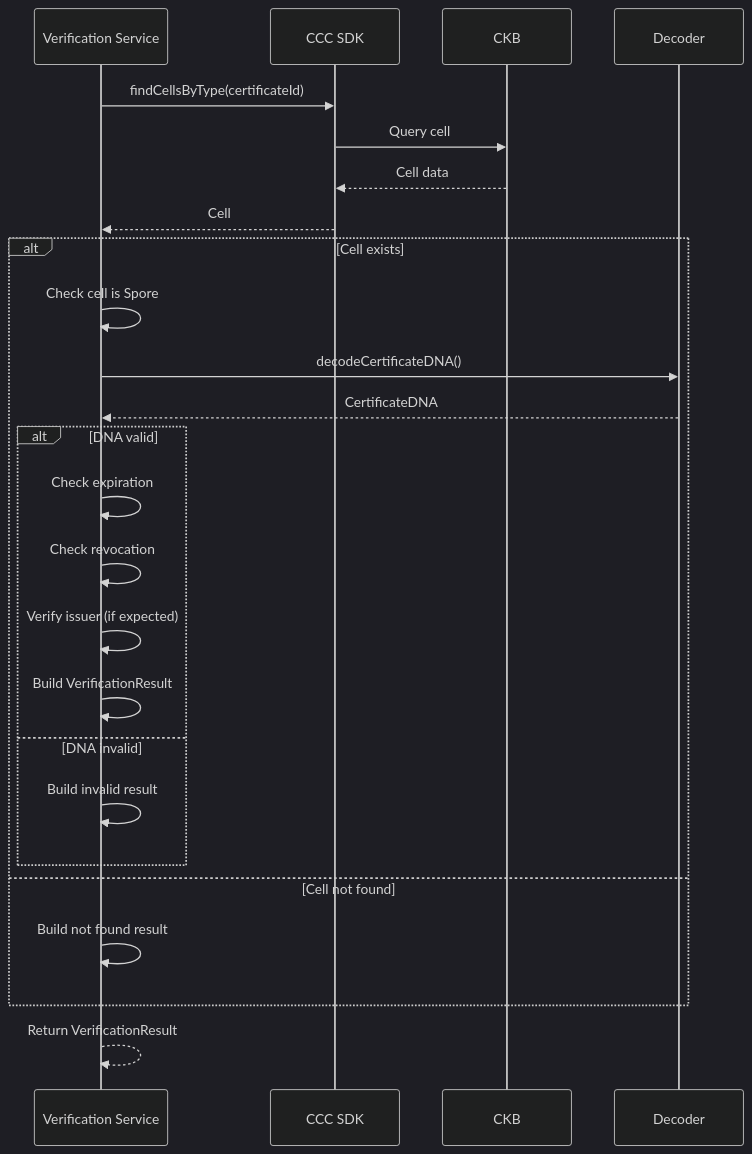
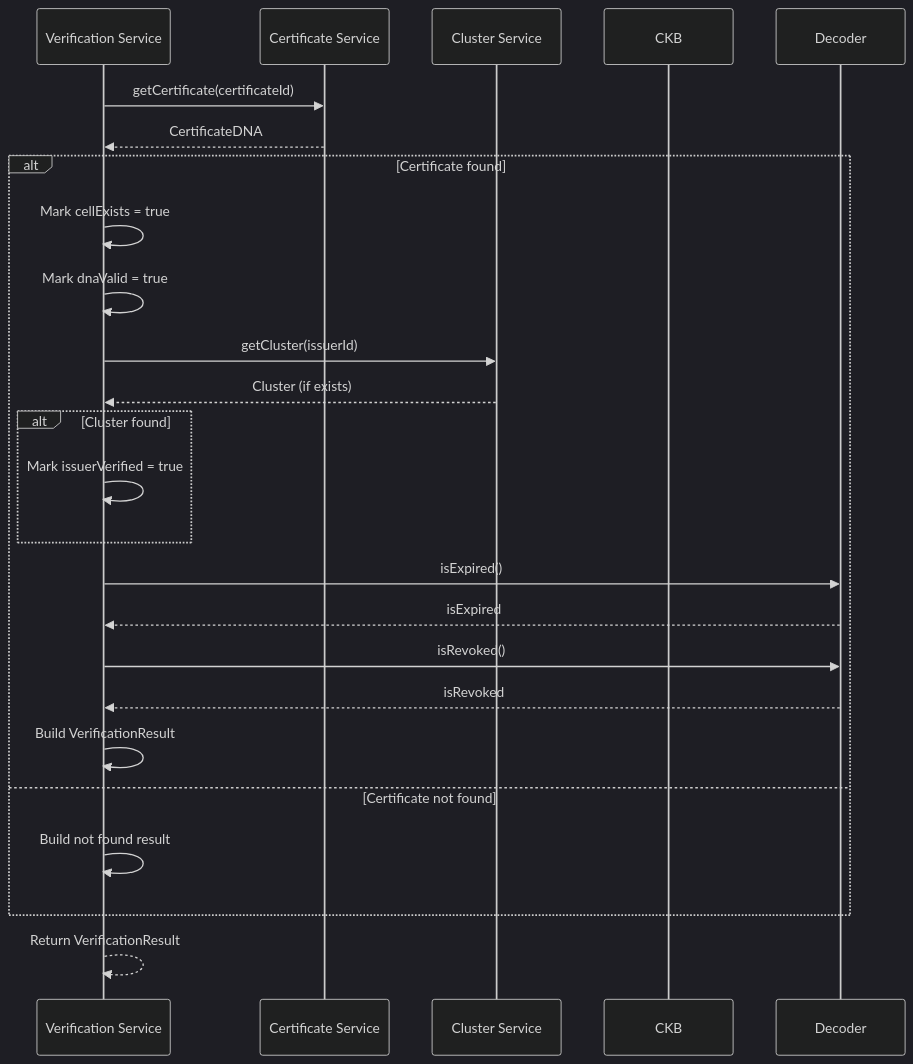
One commit to hiepthach/CertifyCKB changed the first of 2 diagrams in doc/Design_spec/04_Verification_Service.md. Above: the diagram before and after it, drawn with Mermaid (dark theme). The commit also changed other lines of this file and 3 other files, not shown here.

````diff
--- a/doc/Design_spec/04_Verification_Service.md
+++ b/doc/Design_spec/04_Verification_Service.md
@@ -105,31 +90,30 @@
 ```mermaid
 sequenceDiagram
     participant SVC as Verification Service
-    participant CCC as CCC SDK
+    participant ISSUER as Certificate Service
+    participant CLUSTER as Cluster Service
     participant CKB
     participant DECODER as Decoder
 
-    SVC->>CCC: findCellsByType(certificateId)
-    CCC->>CKB: Query cell
-    CKB-->>CCC: Cell data
-    CCC-->>SVC: Cell
+    SVC->>ISSUER: getCertificate(certificateId)
+    ISSUER-->>SVC: CertificateDNA
 
-    alt Cell exists
-        SVC->>SVC: Check cell is Spore
-        SVC->>DECODER: decodeCertificateDNA()
-        DECODER-->>SVC: CertificateDNA
-
-        alt DNA valid
-            SVC->>SVC: Check expiration
-            SVC->>SVC: Check revocation
-            SVC->>SVC: Verify issuer (if expected)
-            SVC->>SVC: Build VerificationResult
-        else DNA invalid
-            SVC->>SVC: Build invalid result
+    alt Certificate found
+        SVC->>SVC: Mark cellExists = true
+        SVC->>SVC: Mark dnaValid = true
+        SVC->>CLUSTER: getCluster(issuerId)
+        CLUSTER-->>SVC: Cluster (if exists)
+        alt Cluster found
+            SVC->>SVC: Mark issuerVerified = true
         end
-    else Cell not found
+        SVC->>DECODER: isExpired()
+        DECODER-->>SVC: isExpired
+        SVC->>DECODER: isRevoked()
+        DECODER-->>SVC: isRevoked
+        SVC->>SVC: Build VerificationResult
+    else Certificate not found
         SVC->>SVC: Build not found result
     end
 
     SVC-->>SVC: Return VerificationResult
 ```
````
